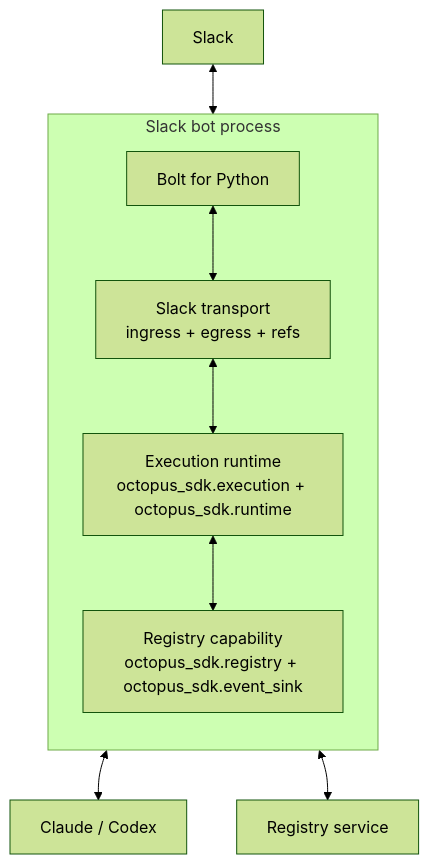
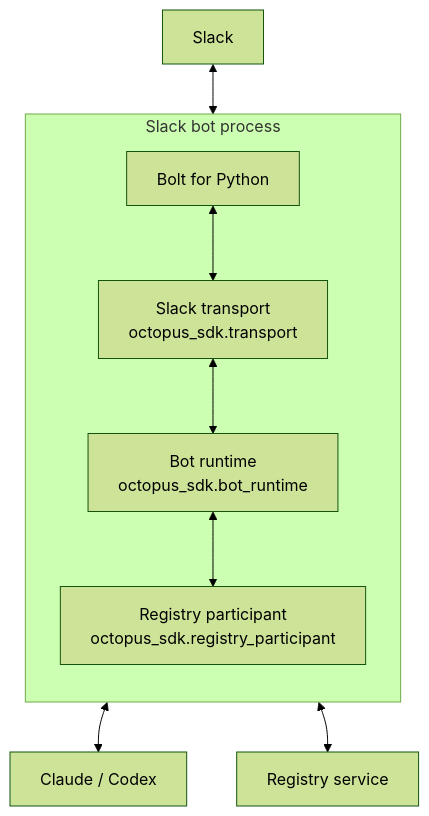
The third of 7 diagrams in ARCHITECTURE.md (privacynow/octopus), drawn with Mermaid (forest theme) before and after one commit. The commit also changed other lines of this file and 163 other files, not shown here.

````diff
--- a/ARCHITECTURE.md
+++ b/ARCHITECTURE.md
@@ -264,22 +248,22 @@
 ```mermaid
 flowchart TB
     Slack["Slack"]
 
     subgraph Bot["Slack bot process"]
         direction TB
         Bolt["Bolt for Python"]
-        Transport["Slack transport<br/>ingress + egress + refs"]
-        Exec["Execution runtime<br/>octopus_sdk.execution + octopus_sdk.runtime"]
-        RegSdk["Registry capability<br/>octopus_sdk.registry + octopus_sdk.event_sink"]
+        Transport["Slack transport<br/>octopus_sdk.transport"]
+        Runtime["Bot runtime<br/>octopus_sdk.bot_runtime"]
+        Participant["Registry participant<br/>octopus_sdk.registry_participant"]
     end
 
     Provider["Claude / Codex"]
     Registry["Registry service"]
 
     Slack <--> Bolt
     Bolt <--> Transport
-    Transport <--> Exec
-    Exec <--> Provider
-    Exec <--> RegSdk
-    RegSdk <--> Registry
+    Transport <--> Runtime
+    Runtime <--> Provider
+    Runtime <--> Participant
+    Participant <--> Registry
 ```
````
